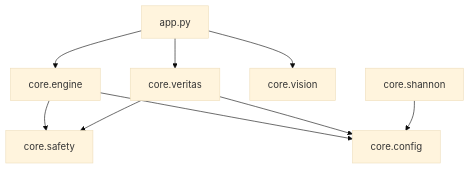
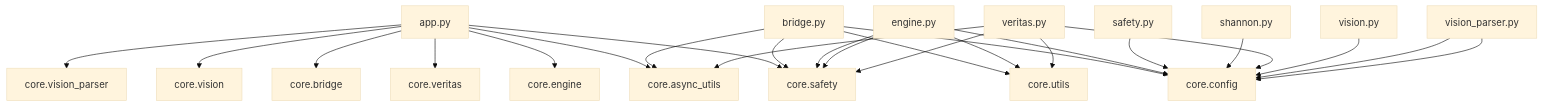
The diagram in ARCHITECTURE_AUDIT_REPORT.md (Shafiyullah/Aletheia), drawn with Mermaid (base theme) before and after one commit. The commit also changed other lines of this file and 10 other files, not shown here.

````diff
--- a/ARCHITECTURE_AUDIT_REPORT.md
+++ b/ARCHITECTURE_AUDIT_REPORT.md
@@ -4,11 +4,27 @@
 ```mermaid
 graph TD
     app.py --> core.engine
     app.py --> core.veritas
+    app.py --> core.bridge
     app.py --> core.vision
-    core.engine --> core.safety
-    core.engine --> core.config
-    core.veritas --> core.safety
-    core.veritas --> core.config
-    core.shannon --> core.config
+    app.py --> core.vision_parser
+    app.py --> core.async_utils
+    app.py --> core.safety
+    bridge.py --> core.config
+    bridge.py --> core.safety
+    bridge.py --> core.async_utils
+    bridge.py --> core.utils
+    engine.py --> core.safety
+    engine.py --> core.config
+    engine.py --> core.utils
+    engine.py --> core.safety
+    safety.py --> core.config
+    shannon.py --> core.config
+    veritas.py --> core.config
+    veritas.py --> core.safety
+    veritas.py --> core.async_utils
+    veritas.py --> core.utils
+    vision.py --> core.config
+    vision_parser.py --> core.config
+    vision_parser.py --> core.config
 ```
````
